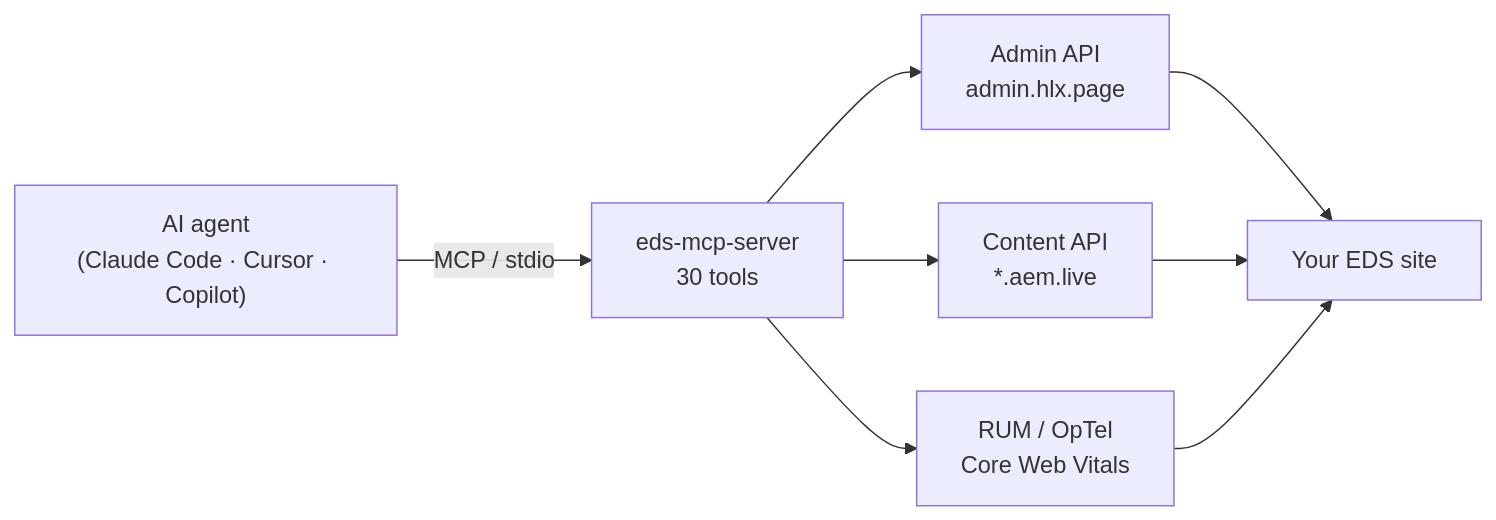
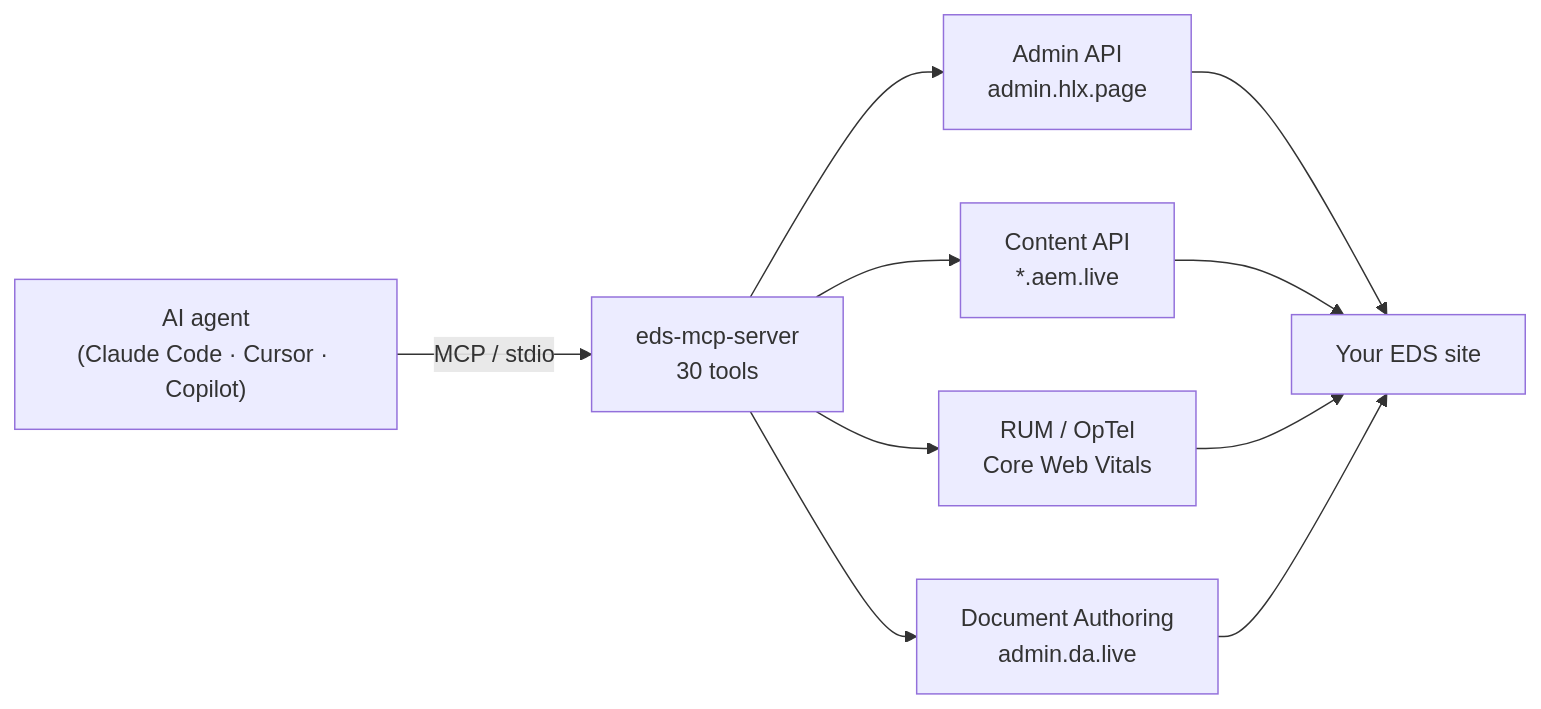
One commit to Focus-GTS/eds-mcp-server changed the first of 2 diagrams in README.md. Above: the diagram before and after it, drawn with Mermaid. The commit also changed other lines of this file and 5 other files, not shown here.

````diff
--- a/README.md
+++ b/README.md
@@ -40,10 +41,12 @@
 ```mermaid
 flowchart LR
   A["AI agent<br/>(Claude Code · Cursor · Copilot)"] -- MCP / stdio --> B["eds-mcp-server<br/>30 tools"]
   B --> C["Admin API<br/>admin.hlx.page"]
   B --> D["Content API<br/>*.aem.live"]
   B --> E["RUM / OpTel<br/>Core Web Vitals"]
+  B --> G["Document Authoring<br/>admin.da.live"]
   C --> F["Your EDS site"]
   D --> F
   E --> F
+  G --> F
 ```
````
